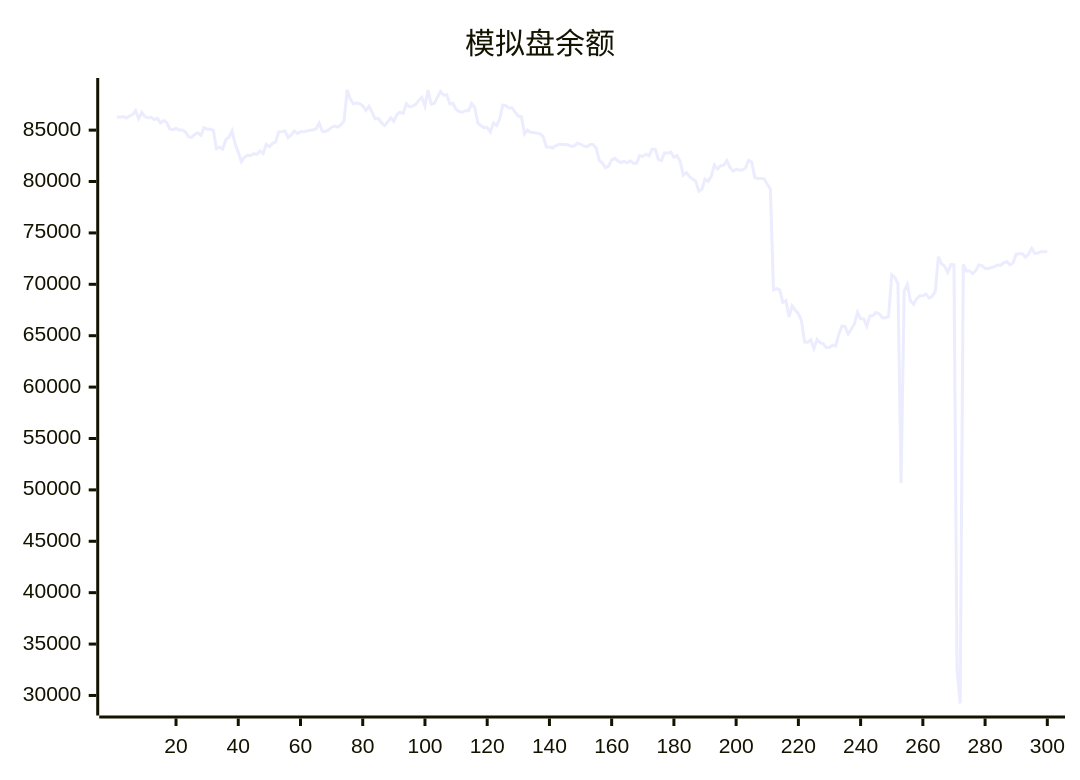
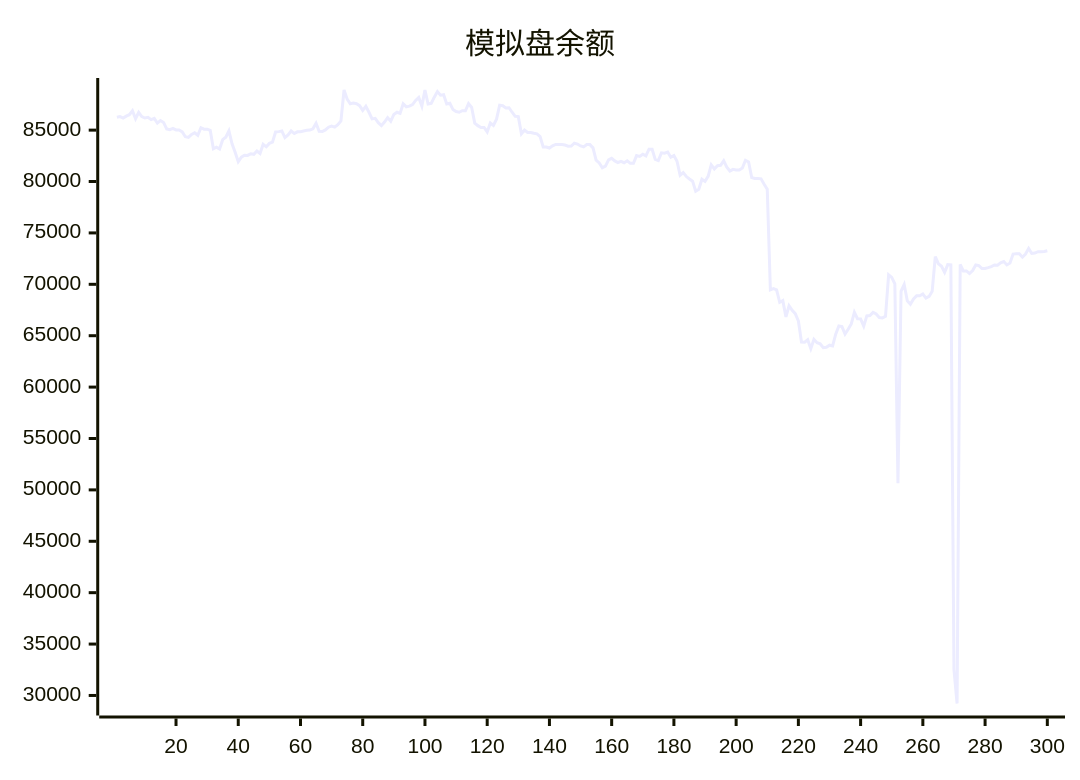
Before and after one commit to aahl/ai-trading: the diagram in README.md, drawn with Mermaid. The commit also changed other lines of this file and 1 other file, not shown here.

````diff
--- a/README.md
+++ b/README.md
@@ -5,5 +5,5 @@
 ```mermaid
 xychart
     title "模拟盘余额"
-    line [86279,86251,86314,86177,86364,86503,86886,86114,86731,86310,86176,86240,86017,86136,85685,85938,85749,85111,85044,85164,85016,85008,84824,84354,84287,84572,84745,84500,85234,85096,85095,84970,83180,83338,83157,84070,84309,84922,83667,82850,81924,82369,82552,82539,82695,82648,82962,82728,83619,83378,83710,83825,84819,84854,84917,84265,84527,84919,84668,84834,84850,84916,84981,85004,85131,85674,84891,84864,85019,85284,85393,85294,85538,85894,88904,88012,87567,87625,87568,87386,86920,87313,86737,86094,86143,85725,85437,85787,86219,85859,86526,86740,86630,87563,87264,87335,87483,87886,88180,87335,88894,87544,87608,88207,88755,88401,88444,87543,87608,87000,86810,86740,86894,86884,87576,87209,85686,85435,85251,85255,84820,85689,85453,86066,87420,87373,87161,87178,86740,86341,86315,84643,85012,84772,84768,84690,84635,84376,83360,83357,83259,83474,83608,83606,83602,83548,83440,83454,83724,83644,83464,83365,83590,83592,83275,82072,81806,81344,81492,82109,82254,82006,81848,81955,81829,82022,81769,81776,82522,82441,82656,82498,83144,83144,82150,82038,82797,82763,82872,82367,82536,81981,80612,80862,80484,80242,80034,79063,79245,80226,80016,80507,81625,81233,81544,81578,82016,81401,81019,81186,81130,81118,81306,82066,81909,80392,80304,80291,80258,79729,79261,69466,69579,69456,68251,68415,66832,67911,67462,67144,66432,64380,64375,64606,63740,64647,64324,64216,63842,63877,64078,64008,65156,65945,65888,65157,65625,66144,67284,66653,66639,65924,66925,66956,67263,67108,66766,66729,66886,70927,70673,70049,50652,69334,69973,68400,68061,68578,68876,68879,69055,68662,68822,69329,72687,71999,71760,71162,71911,71896,32500,29218,71927,71297,71305,71044,71337,71883,71822,71536,71536,71622,71723,71880,71860,72100,72216,71887,72077,72940,72976,72966,72638,72948,73497,73004,73041,73173,73160,73186]
+    line [86251,86314,86177,86364,86503,86886,86114,86731,86310,86176,86240,86017,86136,85685,85938,85749,85111,85044,85164,85016,85008,84824,84354,84287,84572,84745,84500,85234,85096,85095,84970,83180,83338,83157,84070,84309,84922,83667,82850,81924,82369,82552,82539,82695,82648,82962,82728,83619,83378,83710,83825,84819,84854,84917,84265,84527,84919,84668,84834,84850,84916,84981,85004,85131,85674,84891,84864,85019,85284,85393,85294,85538,85894,88904,88012,87567,87625,87568,87386,86920,87313,86737,86094,86143,85725,85437,85787,86219,85859,86526,86740,86630,87563,87264,87335,87483,87886,88180,87335,88894,87544,87608,88207,88755,88401,88444,87543,87608,87000,86810,86740,86894,86884,87576,87209,85686,85435,85251,85255,84820,85689,85453,86066,87420,87373,87161,87178,86740,86341,86315,84643,85012,84772,84768,84690,84635,84376,83360,83357,83259,83474,83608,83606,83602,83548,83440,83454,83724,83644,83464,83365,83590,83592,83275,82072,81806,81344,81492,82109,82254,82006,81848,81955,81829,82022,81769,81776,82522,82441,82656,82498,83144,83144,82150,82038,82797,82763,82872,82367,82536,81981,80612,80862,80484,80242,80034,79063,79245,80226,80016,80507,81625,81233,81544,81578,82016,81401,81019,81186,81130,81118,81306,82066,81909,80392,80304,80291,80258,79729,79261,69466,69579,69456,68251,68415,66832,67911,67462,67144,66432,64380,64375,64606,63740,64647,64324,64216,63842,63877,64078,64008,65156,65945,65888,65157,65625,66144,67284,66653,66639,65924,66925,66956,67263,67108,66766,66729,66886,70927,70673,70049,50652,69334,69973,68400,68061,68578,68876,68879,69055,68662,68822,69329,72687,71999,71760,71162,71911,71896,32500,29218,71927,71297,71305,71044,71337,71883,71822,71536,71536,71622,71723,71880,71860,72100,72216,71887,72077,72940,72976,72966,72638,72948,73497,73004,73041,73173,73160,73186,73258]
 ```
````
